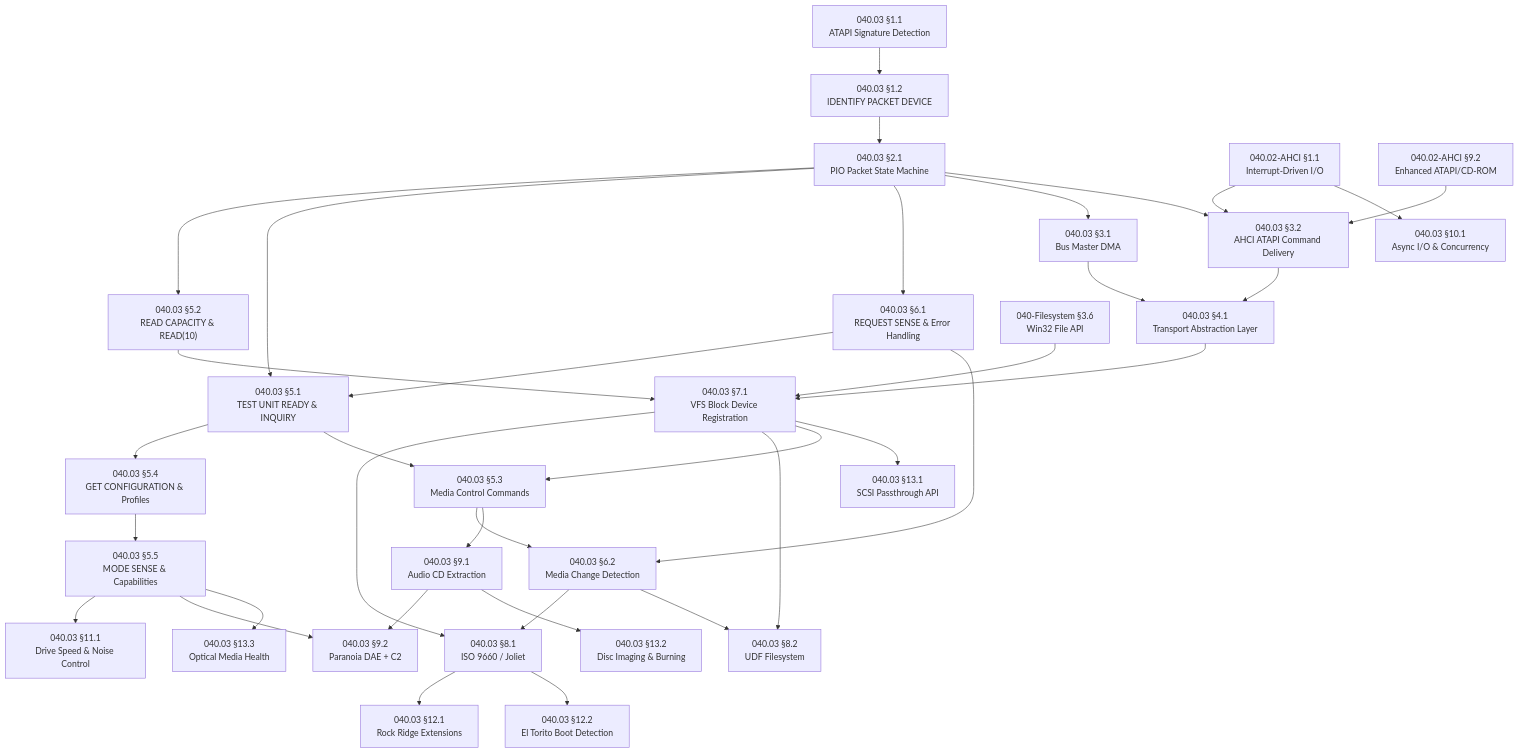
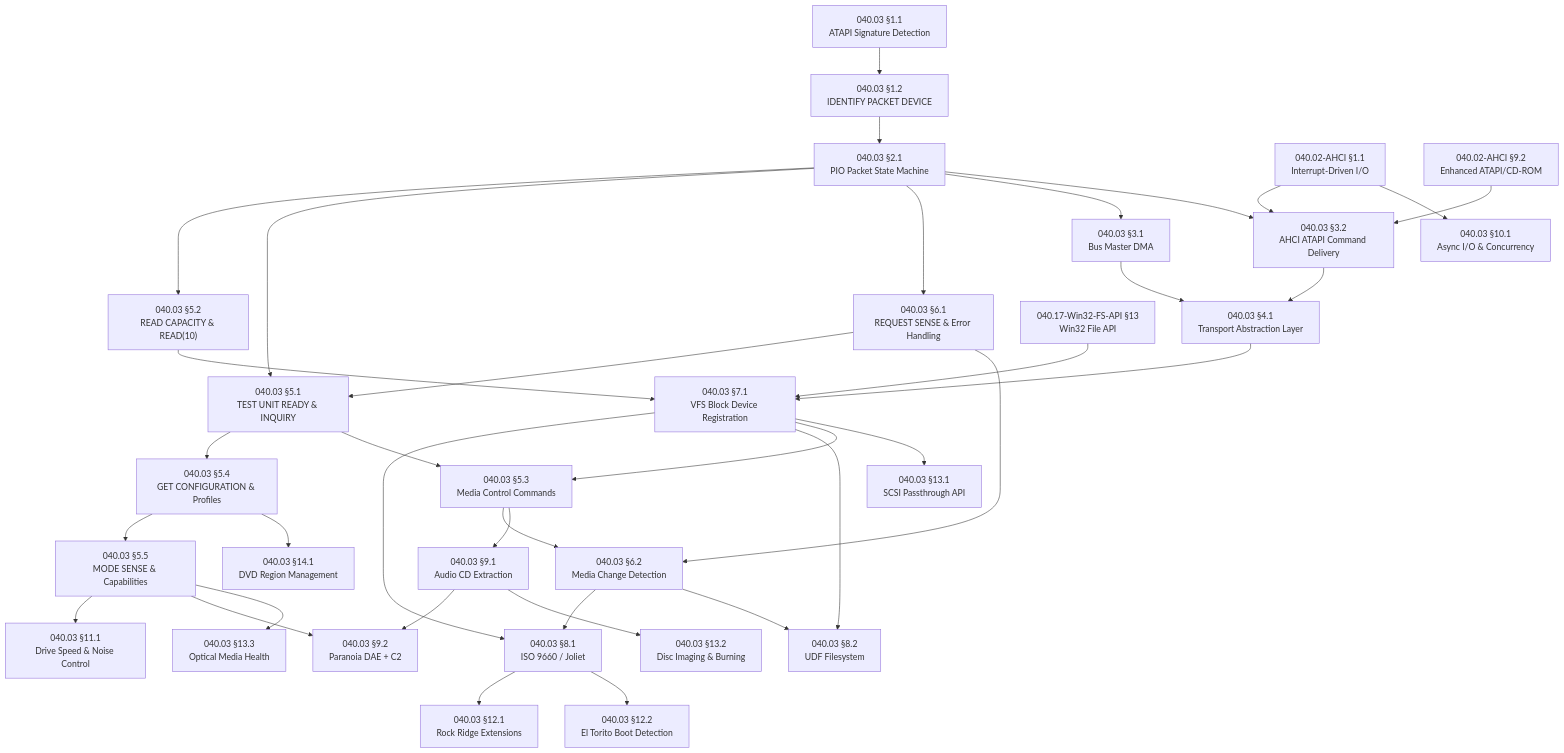
One commit to rizonesoft/impossible-os changed the diagram in todo/010-Kernel-Foundations/TODO-040-Filesystem/TODO-040.03-ATAPI-SCSI-MMC.md. Above: the diagram before and after it, drawn with Mermaid. The commit also changed other lines of this file and 14 other files, not shown here.

Commit message:
todo: add TODO-040.18 ISO 9660 / ECMA-119 roadmap

````diff
--- a/todo/010-Kernel-Foundations/TODO-040-Filesystem/TODO-040.03-ATAPI-SCSI-MMC.md
+++ b/todo/010-Kernel-Foundations/TODO-040-Filesystem/TODO-040.03-ATAPI-SCSI-MMC.md
@@ -49,67 +57,69 @@
 ```mermaid
 graph TD
     A["040.03 §1.1<br/>ATAPI Signature Detection"]
     B["040.03 §1.2<br/>IDENTIFY PACKET DEVICE"]
     C["040.03 §2.1<br/>PIO Packet State Machine"]
     D["040.03 §5.1<br/>TEST UNIT READY & INQUIRY"]
     E["040.03 §5.2<br/>READ CAPACITY & READ(10)"]
     F["040.03 §6.1<br/>REQUEST SENSE & Error Handling"]
     G["040.03 §5.4<br/>GET CONFIGURATION & Profiles"]
     H["040.03 §4.1<br/>Transport Abstraction Layer"]
     I["040.03 §3.1<br/>Bus Master DMA"]
     J["040.03 §3.2<br/>AHCI ATAPI Command Delivery"]
     K["040.03 §7.1<br/>VFS Block Device Registration"]
     L["040.03 §5.3<br/>Media Control Commands"]
     M["040.03 §5.5<br/>MODE SENSE & Capabilities"]
     N["040.03 §6.2<br/>Media Change Detection"]
     O["040.03 §10.1<br/>Async I/O & Concurrency"]
     P["040.03 §8.1<br/>ISO 9660 / Joliet"]
     Q["040.03 §8.2<br/>UDF Filesystem"]
     R["040.03 §9.1<br/>Audio CD Extraction"]
     S["040.03 §9.2<br/>Paranoia DAE + C2"]
     T["040.03 §11.1<br/>Drive Speed & Noise Control"]
     U["040.03 §12.1<br/>Rock Ridge Extensions"]
     V["040.03 §12.2<br/>El Torito Boot Detection"]
     W["040.02-AHCI §1.1<br/>Interrupt-Driven I/O"]
-    X["040-Filesystem §3.6<br/>Win32 File API"]
+    X["040.17-Win32-FS-API §13<br/>Win32 File API"]
     Y["040.02-AHCI §9.2<br/>Enhanced ATAPI/CD-ROM"]
     Z["040.03 §13.1<br/>SCSI Passthrough API"]
     AA["040.03 §13.2<br/>Disc Imaging & Burning"]
     AB["040.03 §13.3<br/>Optical Media Health"]
+    AC["040.03 §14.1<br/>DVD Region Management"]
 
     A --> B
     B --> C
     C --> E
     C --> D
     C --> F
     E --> K
     F --> D
     F --> N
     D --> G
     C --> I
     C --> J
     I --> H
     J --> H
     H --> K
     K --> P
     K --> Q
     K --> L
     L --> N
     G --> M
     N --> P
     N --> Q
     D --> L
     M --> T
     M --> S
     L --> R
     P --> U
     P --> V
     R --> S
     W --> J
     W --> O
     X --> K
     Y --> J
     K --> Z
     R --> AA
     M --> AB
+    G --> AC
 ```
````
